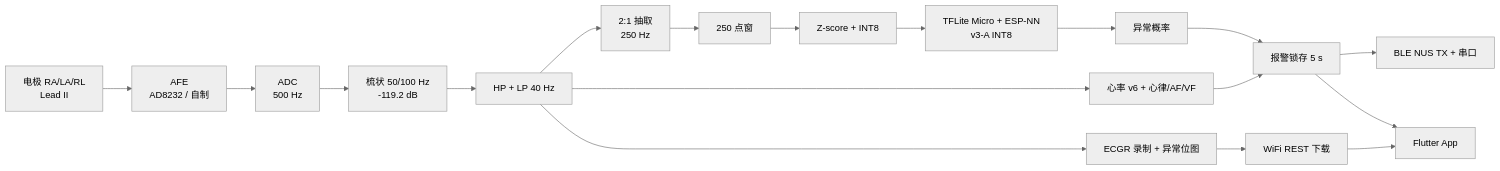
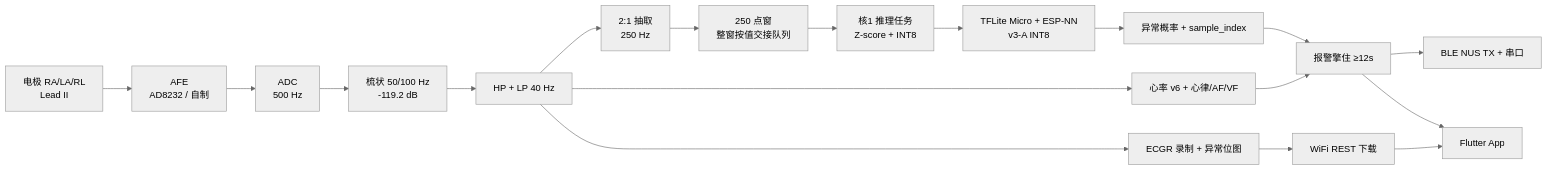
One commit to stevenson2/ecg-programme-tju-flex.electron changed the diagram in README.md. Above: the diagram before and after it, drawn with Mermaid (neutral theme). The commit also changed other lines of this file and 2 other files, not shown here.

````diff
--- a/README.md
+++ b/README.md
@@ -88,20 +93,20 @@
 ```mermaid
 flowchart LR
     A[电极 RA/LA/RL<br/>Lead II] --> B[AFE<br/>AD8232 / 自制]
     B --> C[ADC<br/>500 Hz]
     C --> D[梳状 50/100 Hz<br/>-119.2 dB]
     D --> E[HP + LP 40 Hz]
     E --> F[心率 v6 + 心律/AF/VF]
     E --> G[2:1 抽取<br/>250 Hz]
-    G --> H[250 点窗]
-    H --> I[Z-score + INT8]
-    I --> J[TFLite Micro + ESP-NN<br/>v3-A INT8]
-    J --> K[异常概率]
-    K --> L[报警锁存 5 s]
+    G --> H[250 点窗<br/>整窗按值交接队列]
+    H --> I1[核1 推理任务<br/>Z-score + INT8]
+    I1 --> J[TFLite Micro + ESP-NN<br/>v3-A INT8]
+    J --> K[异常概率 + sample_index]
+    K --> L[报警擎住 ≥12s]
     E --> M[ECGR 录制 + 异常位图]
     F --> L
     L --> N[BLE NUS TX + 串口]
     M --> O[WiFi REST 下载]
     L --> P[Flutter App]
     O --> P
 ```
````
